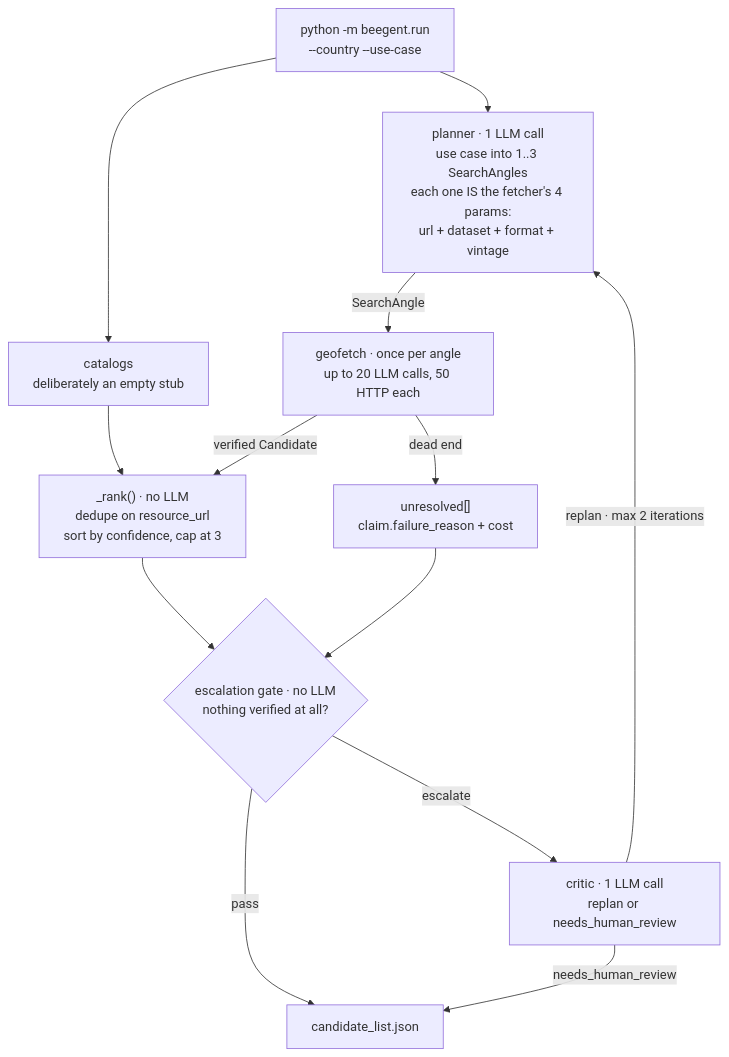
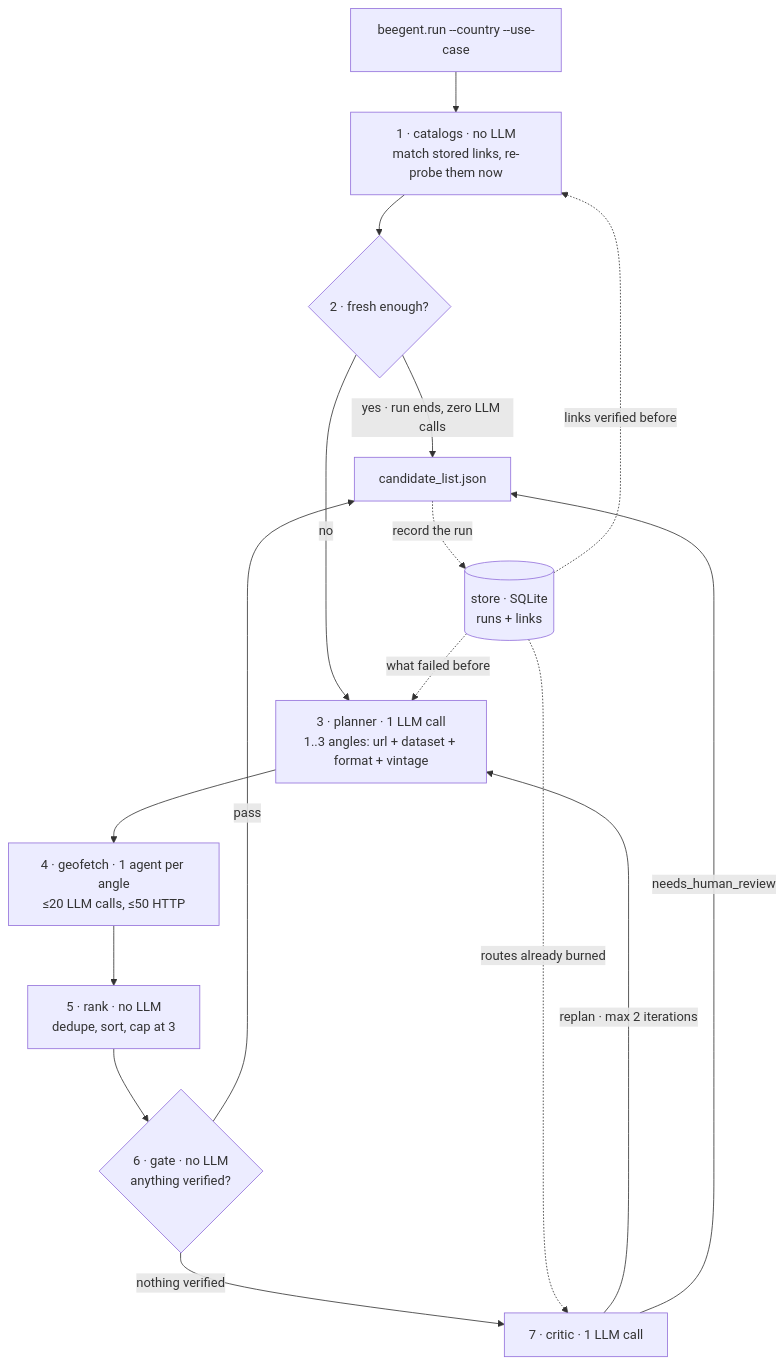
Before and after one commit to CommanderWahid/beegent: the diagram in docs/architecture.md, drawn with Mermaid. The commit also changed other lines of this file and 27 other files, not shown here.

````diff
--- a/docs/architecture.md
+++ b/docs/architecture.md
@@ -6,25 +6,25 @@
 ```mermaid
 flowchart TD
-    IN["python -m beegent.run<br/>--country --use-case"]
-    PLAN["planner · 1 LLM call<br/>use case into 1..3 SearchAngles<br/>each one IS the fetcher's 4 params:<br/>url + dataset + format + vintage"]
-    CAT["catalogs<br/>deliberately an empty stub"]
-    GF["geofetch · once per angle<br/>up to 20 LLM calls, 50 HTTP each"]
-    RANK["_rank() · no LLM<br/>dedupe on resource_url<br/>sort by confidence, cap at 3"]
-    GATE{"escalation gate · no LLM<br/>nothing verified at all?"}
-    CRITIC["critic · 1 LLM call<br/>replan or needs_human_review"]
-    UNRES["unresolved[]<br/>claim.failure_reason + cost"]
+    IN["beegent.run --country --use-case"]
+    CAT["1 · catalogs · no LLM<br/>match stored links, re-probe them now"]
+    FRESH{"2 · fresh enough?"}
+    PLAN["3 · planner · 1 LLM call<br/>1..3 angles: url + dataset + format + vintage"]
+    GF["4 · geofetch · 1 agent per angle<br/>≤20 LLM calls, ≤50 HTTP"]
+    RANK["5 · rank · no LLM<br/>dedupe, sort, cap at 3"]
+    GATE{"6 · gate · no LLM<br/>anything verified?"}
+    CRITIC["7 · critic · 1 LLM call"]
     OUT["candidate_list.json"]
+    STORE[("store · SQLite<br/>runs + links")]
 
-    IN --> PLAN
-    IN --> CAT
-    PLAN -->|SearchAngle| GF
-    CAT --> RANK
-    GF -->|verified Candidate| RANK
-    GF -->|dead end| UNRES
-    RANK --> GATE
-    UNRES --> GATE
+    IN --> CAT --> FRESH
+    FRESH -->|yes · run ends, zero LLM calls| OUT
+    FRESH -->|no| PLAN --> GF --> RANK --> GATE
     GATE -->|pass| OUT
-    GATE -->|escalate| CRITIC
+    GATE -->|nothing verified| CRITIC
     CRITIC -->|replan · max 2 iterations| PLAN
     CRITIC -->|needs_human_review| OUT
+    STORE -.->|links verified before| CAT
+    STORE -.->|what failed before| PLAN
+    STORE -.->|routes already burned| CRITIC
+    OUT -.->|record the run| STORE
 ```
````
